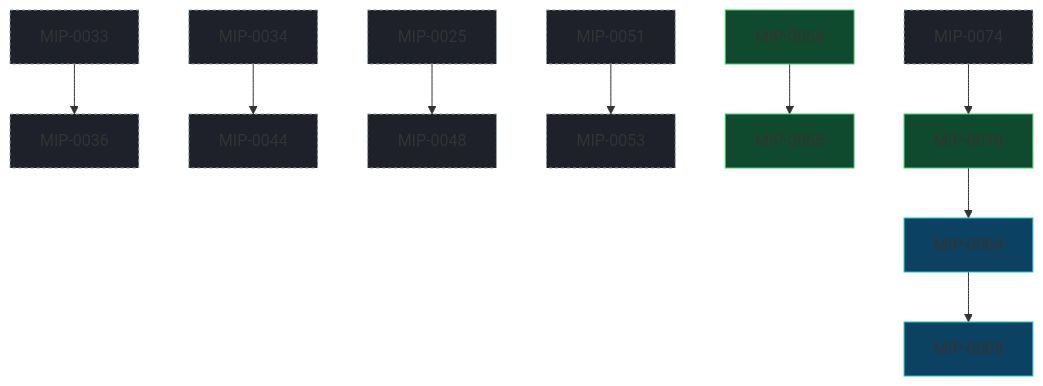
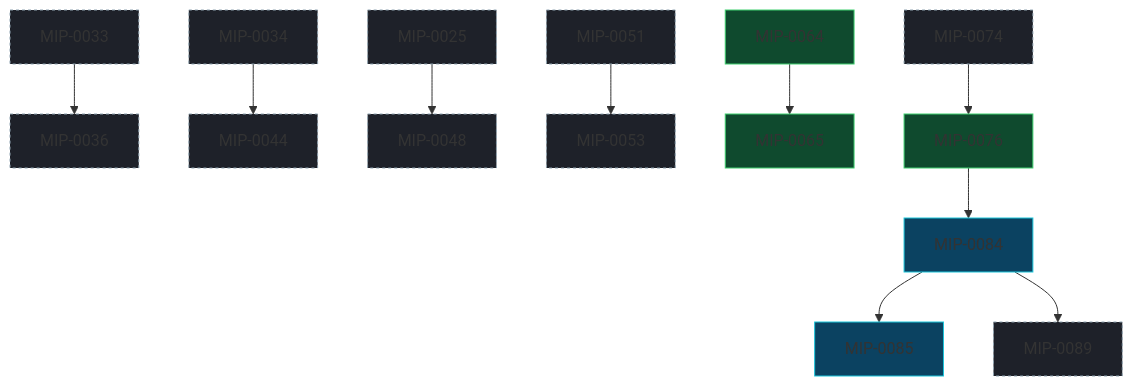
One commit to marola-dev/marola changed the diagram in docs/MIPs/README.md. Above: the diagram before and after it, drawn with Mermaid. The commit also changed other lines of this file and 3 other files, not shown here.

First line of the commit message:
docs(mips): MIP-0089, CGO (Claude, graphify, Obsidian) as marola's knowledge map

````diff
--- a/docs/MIPs/README.md
+++ b/docs/MIPs/README.md
@@ -101,29 +102,31 @@
 ```mermaid
 flowchart TD
   classDef draft fill:#1e2129,stroke:#8fa3b0,stroke-dasharray:3 3;
   classDef accepted fill:#0b4261,stroke:#1ac5da;
   classDef implemented fill:#0f4a2e,stroke:#3ecf6e;
   classDef rejected fill:#2a2d35,stroke:#666,color:#999;
   M0025["MIP-0025"]:::draft
   M0033["MIP-0033"]:::draft
   M0034["MIP-0034"]:::draft
   M0036["MIP-0036"]:::draft
   M0044["MIP-0044"]:::draft
   M0048["MIP-0048"]:::draft
   M0051["MIP-0051"]:::draft
   M0053["MIP-0053"]:::draft
   M0064["MIP-0064"]:::implemented
   M0065["MIP-0065"]:::implemented
   M0074["MIP-0074"]:::draft
   M0076["MIP-0076"]:::implemented
   M0084["MIP-0084"]:::accepted
   M0085["MIP-0085"]:::accepted
+  M0089["MIP-0089"]:::draft
   M0025 --> M0048
   M0033 --> M0036
   M0034 --> M0044
   M0051 --> M0053
   M0064 --> M0065
   M0074 --> M0076
   M0076 --> M0084
   M0084 --> M0085
+  M0084 --> M0089
 ```
````
